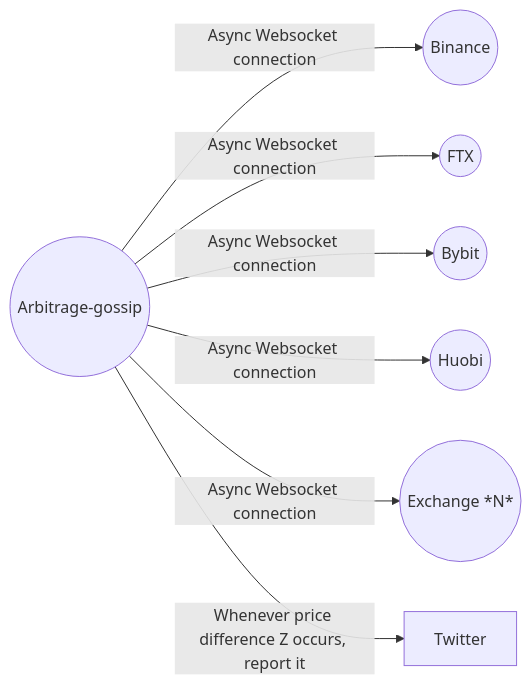
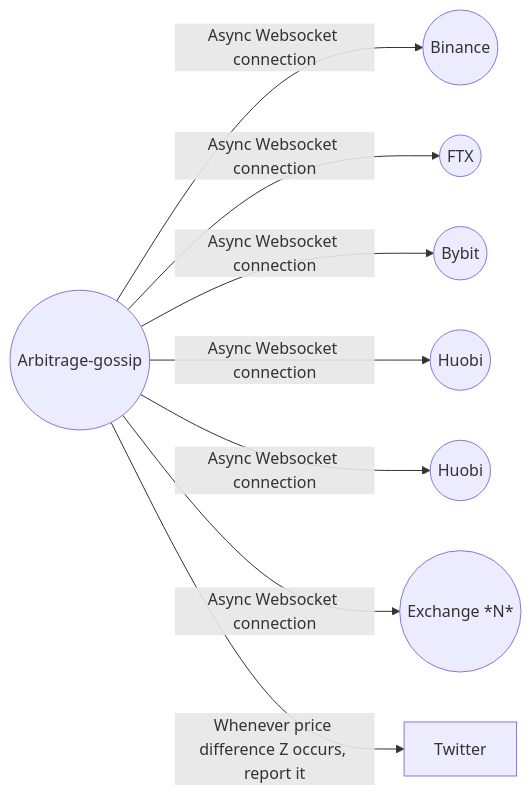
One commit to lbkolev/arbitrage-gossip changed the diagram in README.md. Above: the diagram before and after it, drawn with Mermaid. The commit also changed other lines of this file and 10 other files, not shown here.

````diff
--- a/README.md
+++ b/README.md
@@ -29,9 +30,10 @@
 ```mermaid
 graph LR
-Arb((Arbitrage-gossip)) -- Async Websocket connection --> A((Binance))
-Arb((Arbitrage-gossip)) -- Async Websocket connection --> B((FTX))
-Arb((Arbitrage-gossip)) -- Async Websocket connection --> C((Bybit))
-Arb((Arbitrage-gossip)) -- Async Websocket connection --> D((Huobi))
-Arb((Arbitrage-gossip)) -- Async Websocket connection --> E((Exchange *N*))
+Arb((Arbitrage-gossip)) -- Async Websocket connection --> Ex1((Binance))
+Arb((Arbitrage-gossip)) -- Async Websocket connection --> Ex2((FTX))
+Arb((Arbitrage-gossip)) -- Async Websocket connection --> Ex3((Bybit))
+Arb((Arbitrage-gossip)) -- Async Websocket connection --> Ex4((Huobi))
+Arb((Arbitrage-gossip)) -- Async Websocket connection --> Ex5((Huobi))
+Arb((Arbitrage-gossip)) -- Async Websocket connection --> Ex6((Exchange *N*))
 Arb((Arbitrage-gossip)) -- Whenever price difference Z occurs, report it --> F[Twitter]
 ```
````
